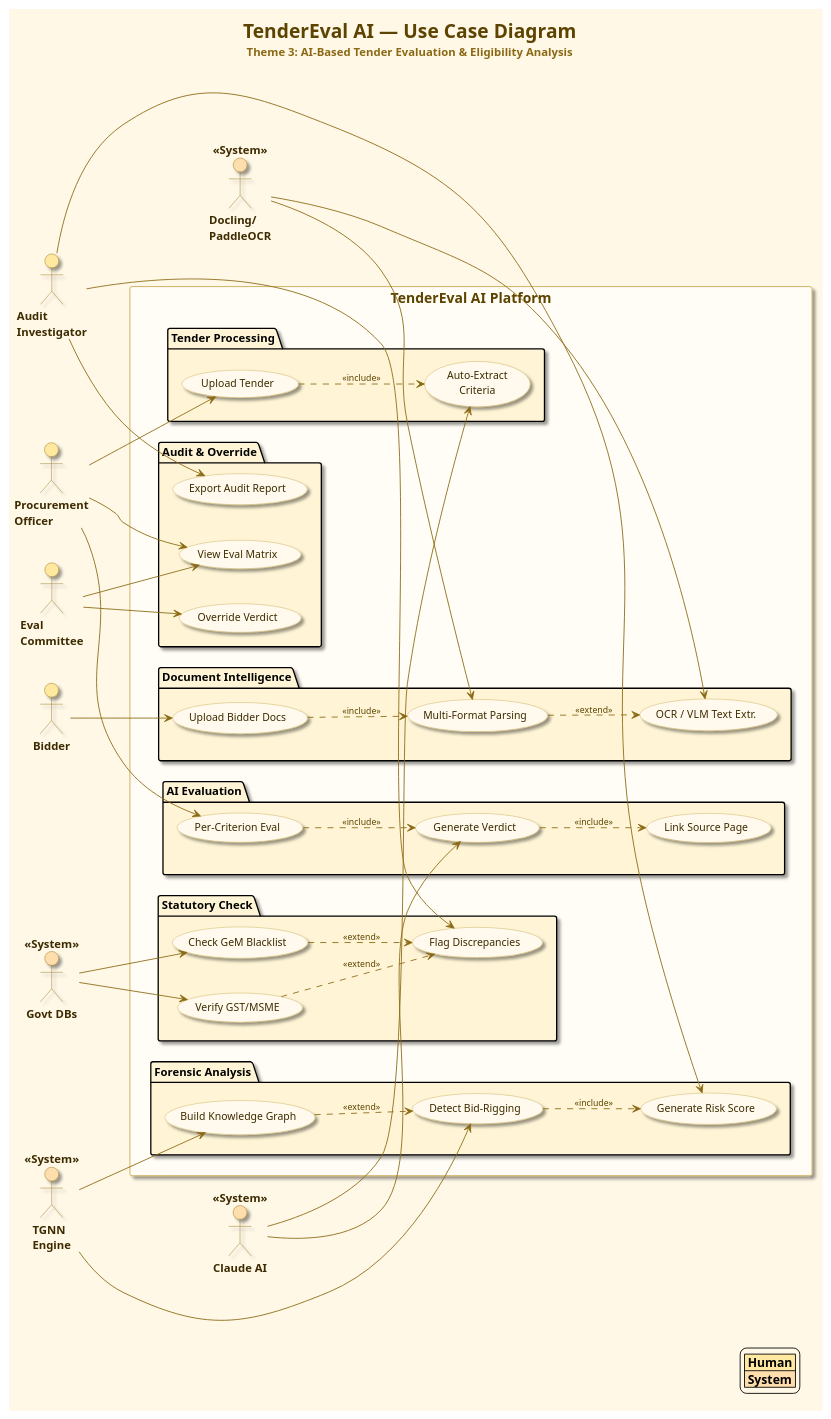
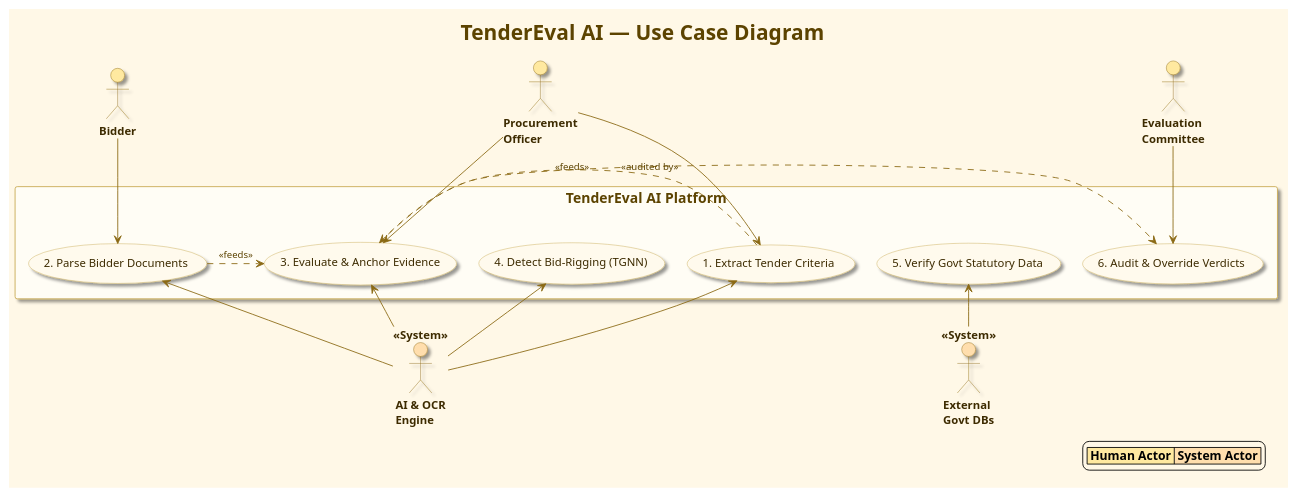
Before and after one commit to ozhh5o5/TenderEval-AI: the diagram in docs/usecase-diagram.puml, drawn with PlantUML.

Commit message:
Make use case diagram extremely small and concise

```diff
--- a/docs/usecase-diagram.puml
+++ b/docs/usecase-diagram.puml
@@ -1,142 +1,82 @@
 @startuml TenderEval_AI_UseCaseDiagram
 
 ' ── Page & Theme Settings (16:9 PPT) ──
 skinparam pageMargin 10
 skinparam shadowing true
 skinparam handwritten false
 skinparam defaultFontName "Segoe UI"
-skinparam defaultFontSize 13
+skinparam defaultFontSize 14
 
-' Make it narrower horizontally
-left to right direction
-skinparam nodesep 40
-skinparam ranksep 60
+' Force extreme compactness
+skinparam nodesep 25
+skinparam ranksep 30
 
 ' ── Golden Theme ──
 skinparam backgroundColor #FFF8E7
 skinparam usecaseBackgroundColor #FFFAED
 skinparam usecaseBorderColor #C8A951
 skinparam usecaseFontColor #3D2B00
-skinparam usecaseFontSize 12
-skinparam usecaseStereotypeFontSize 10
+skinparam usecaseFontSize 13
 
 skinparam actorBorderColor #8B6914
 skinparam actorBackgroundColor #FFE9A0
 skinparam actorFontColor #3D2B00
 skinparam actorFontSize 13
 skinparam actorFontStyle bold
 
 skinparam rectangleBorderColor #C8A951
 skinparam rectangleBackgroundColor #FFFDF5
 skinparam rectangleFontColor #5C4300
 skinparam rectangleFontSize 16
 skinparam rectangleFontStyle bold
 
 skinparam arrowColor #8B6914
 skinparam arrowFontColor #5C4300
-skinparam arrowFontSize 10
-
-skinparam noteBorderColor #C8A951
-skinparam noteBackgroundColor #FFF5D6
-skinparam noteFontColor #3D2B00
-skinparam noteFontSize 10
+skinparam arrowFontSize 11
 
 ' ── Title ──
-title <size:22><b><color:#5C4300>TenderEval AI — Use Case Diagram</color></b></size>\n<size:13><color:#8B6914>Theme 3: AI-Based Tender Evaluation & Eligibility Analysis</color></size>
+title <size:24><b><color:#5C4300>TenderEval AI — Use Case Diagram</color></b></size>
 
 ' ── System Boundary ──
 rectangle "TenderEval AI Platform" as SYS {
-
-  ' Stack packages vertically to reduce width
-  package "Tender Processing" as PKG1 #FFF5D6 {
-    usecase "Upload Tender" as UC1
-    usecase "Auto-Extract\nCriteria" as UC2
-  }
-
-  package "Document Intelligence" as PKG2 #FFF5D6 {
-    usecase "Upload Bidder Docs" as UC4
-    usecase "Multi-Format Parsing" as UC5
-    usecase "OCR / VLM Text Extr." as UC6
-  }
-
-  package "AI Evaluation" as PKG3 #FFF5D6 {
-    usecase "Per-Criterion Eval" as UC7
-    usecase "Generate Verdict" as UC8
-    usecase "Link Source Page" as UC9
-  }
-
-  package "Forensic Analysis" as PKG4 #FFF5D6 {
-    usecase "Build Knowledge Graph" as UC10
-    usecase "Detect Bid-Rigging" as UC11
-    usecase "Generate Risk Score" as UC12
-  }
-
-  package "Statutory Check" as PKG5 #FFF5D6 {
-    usecase "Verify GST/MSME" as UC13
-    usecase "Check GeM Blacklist" as UC15
-    usecase "Flag Discrepancies" as UC16
-  }
-
-  package "Audit & Override" as PKG6 #FFF5D6 {
-    usecase "View Eval Matrix" as UC17
-    usecase "Override Verdict" as UC18
-    usecase "Export Audit Report" as UC20
-  }
+  usecase "1. Extract Tender Criteria" as UC1
+  usecase "2. Parse Bidder Documents" as UC2
+  usecase "3. Evaluate & Anchor Evidence" as UC3
+  usecase "4. Detect Bid-Rigging (TGNN)" as UC4
+  usecase "5. Verify Govt Statutory Data" as UC5
+  usecase "6. Audit & Override Verdicts" as UC6
 }
 
-' ── Actors (Grouped on left/right to save space) ──
+' ── Human Actors (Left) ──
 actor "Procurement\nOfficer" as PO #FFE9A0
-actor "Eval\nCommittee" as EC #FFE9A0
-actor "Audit\nInvestigator" as AU #FFE9A0
+actor "Evaluation\nCommittee" as EC #FFE9A0
 actor "Bidder" as BD #FFE9A0
 
-actor "Claude AI" as AI <<System>> #FFDEAD
-actor "Docling/\nPaddleOCR" as OCR <<System>> #FFDEAD
-actor "Govt DBs" as GOV <<System>> #FFDEAD
-actor "TGNN\nEngine" as TGNN <<System>> #FFDEAD
+' ── System Actors (Right) ──
+actor "AI & OCR\nEngine" as AI <<System>> #FFDEAD
+actor "External\nGovt DBs" as GOV <<System>> #FFDEAD
 
-' ── Actor → Use Case Relationships ──
+' ── Relationships ──
+PO --> UC1
+PO --> UC3
+EC --> UC6
+BD --> UC2
 
-PO --> UC1
-PO --> UC7
-PO --> UC17
+UC1 <-- AI
+UC2 <-- AI
+UC3 <-- AI
+UC4 <-- AI
 
-EC --> UC17
-EC --> UC18
+UC5 <-- GOV
 
-AU --> UC12
-AU --> UC16
-AU --> UC20
-
-BD --> UC4
-
-' ── System Actor Relationships ──
-
-AI --> UC2
-AI --> UC8
-OCR --> UC5
-OCR --> UC6
-GOV --> UC13
-GOV --> UC15
-TGNN --> UC10
-TGNN --> UC11
-
-' ── Include / Extend Relationships ──
-
-UC1 ..> UC2 : <<include>>
-UC4 ..> UC5 : <<include>>
-UC5 ..> UC6 : <<extend>>
-UC7 ..> UC8 : <<include>>
-UC8 ..> UC9 : <<include>>
-UC13 ..> UC16 : <<extend>>
-UC15 ..> UC16 : <<extend>>
-UC10 ..> UC11 : <<extend>>
-UC11 ..> UC12 : <<include>>
+' Connections between Use Cases to show flow
+UC1 .> UC3 : <<feeds>>
+UC2 .> UC3 : <<feeds>>
+UC3 .> UC6 : <<audited by>>
 
 ' ── Legend ──
 legend bottom right
-  |<#FFE9A0> <b>Human</b> |
-  |<#FFDEAD> <b>System</b> |
+  |<#FFE9A0> <b>Human Actor</b> | <#FFDEAD> <b>System Actor</b> |
 endlegend
 
 @enduml
```
